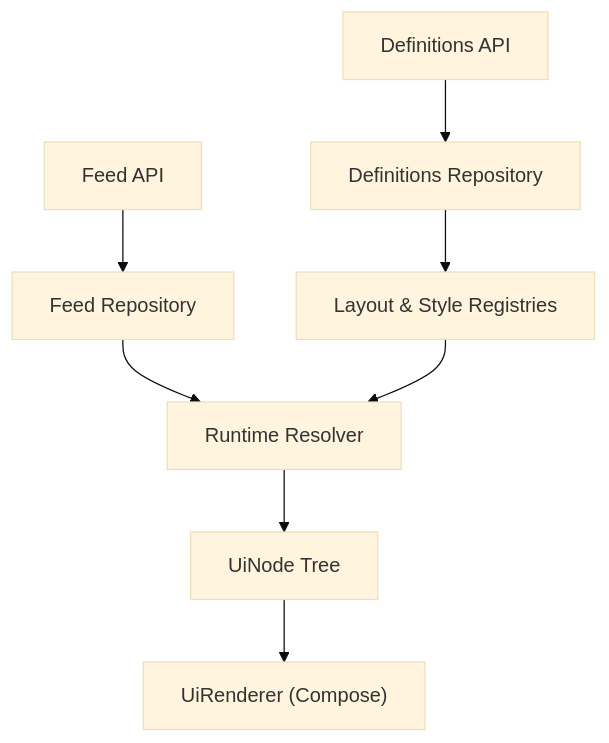
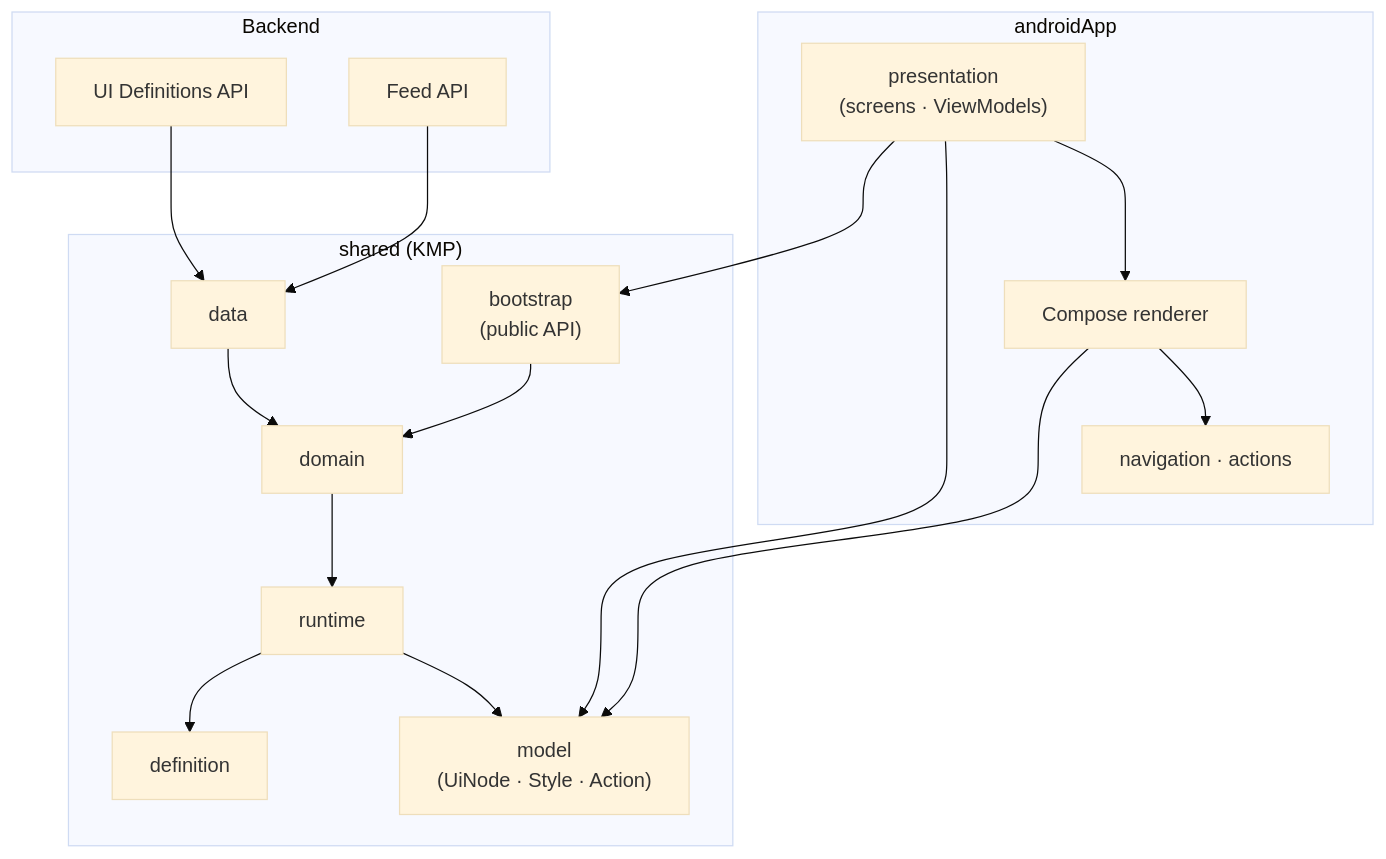
The first of 7 diagrams in docs/architecture.md (AnantSingh08/DynamicUiRenderer), drawn with Mermaid (base theme) before and after one commit. The commit also changed other lines of this file and 15 other files, not shown here.

````diff
--- a/docs/architecture.md
+++ b/docs/architecture.md
@@ -76,10 +18,35 @@
 ```mermaid
-graph TD
-    A["Definitions API"] --> B["Definitions Repository"]
-    B --> C["Layout & Style Registries"]
-    D["Feed API"] --> E["Feed Repository"]
-    E --> F["Runtime Resolver"]
-    C --> F
-    F --> G["UiNode Tree"]
-    G --> H["UiRenderer (Compose)"]
+flowchart TB
+    subgraph Backend
+        DefAPI["UI Definitions API"]
+        FeedAPI["Feed API"]
+    end
+
+    subgraph shared["shared (KMP)"]
+        Data["data"]
+        Domain["domain"]
+        Def["definition"]
+        Runtime["runtime"]
+        Model["model<br/>(UiNode · Style · Action)"]
+        Boot["bootstrap<br/>(public API)"]
+    end
+
+    subgraph androidApp["androidApp"]
+        Presentation["presentation<br/>(screens · ViewModels)"]
+        Renderer["Compose renderer"]
+        Nav["navigation · actions"]
+    end
+
+    DefAPI --> Data
+    FeedAPI --> Data
+    Data --> Domain
+    Domain --> Runtime
+    Runtime --> Def
+    Runtime --> Model
+    Boot --> Domain
+    Presentation --> Boot
+    Presentation --> Model
+    Renderer --> Model
+    Presentation --> Renderer
+    Renderer --> Nav
 ```
````
